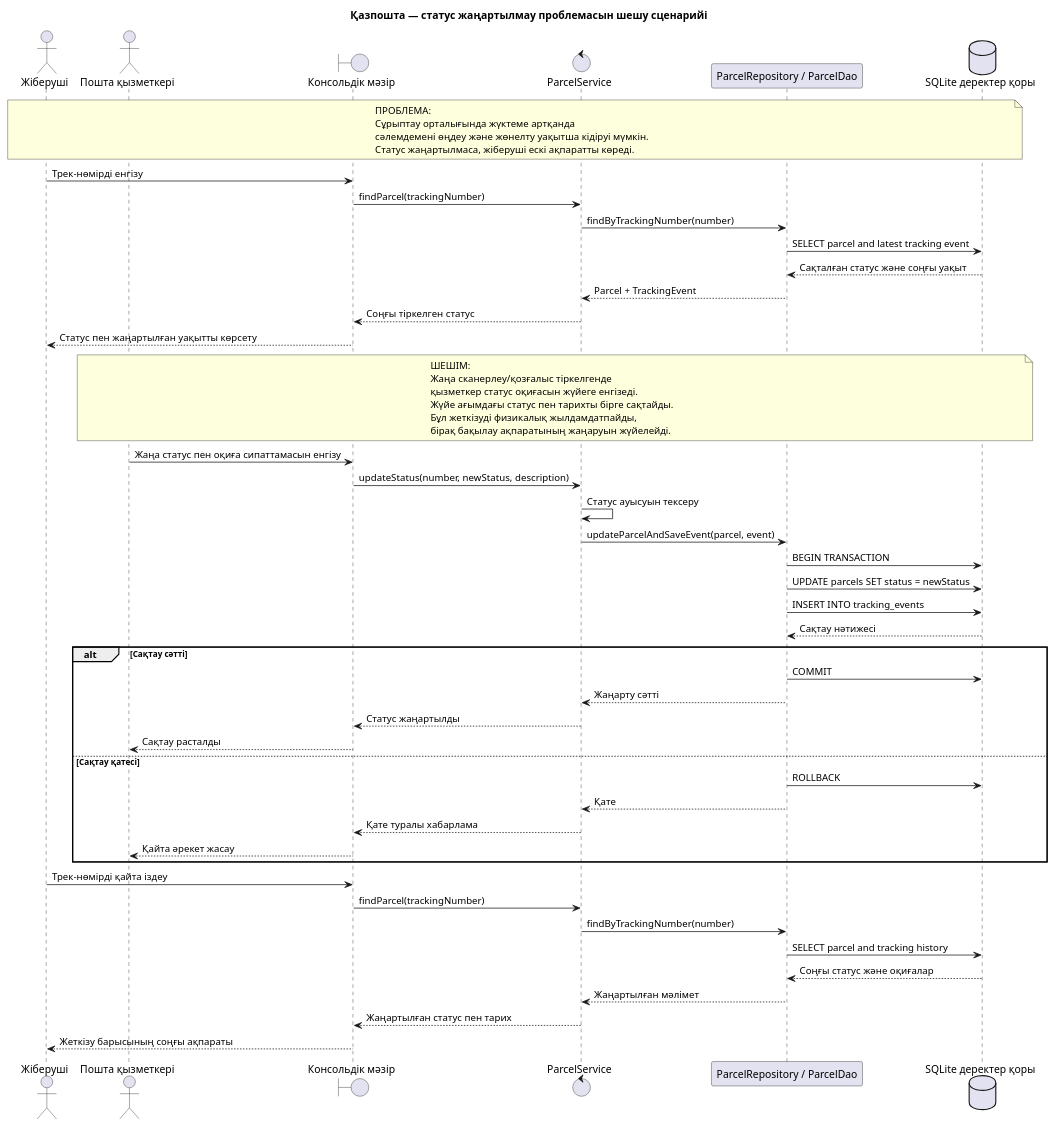
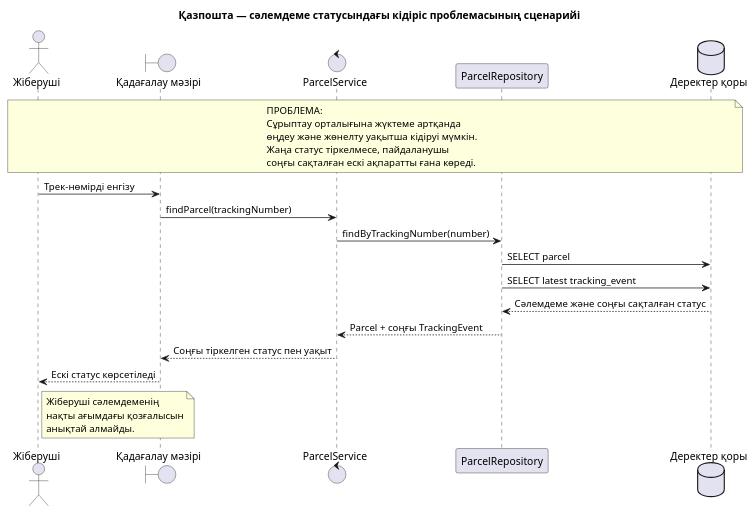
The diagram in docs/uml/sequence-diagram.puml (ajymaskar082/Kazpost-Parcel-Tracking), drawn with PlantUML before and after one commit.

Commit message:
Keep Sequence diagram focused on the current tracking delay problem

```diff
--- a/docs/uml/sequence-diagram.puml
+++ b/docs/uml/sequence-diagram.puml
@@ -1,65 +1,35 @@
 @startuml
-title Қазпошта — статус жаңартылмау проблемасын шешу сценарийі
+title Қазпошта — сәлемдеме статусындағы кідіріс проблемасының сценарийі
 skinparam shadowing false
 
 actor "Жіберуші" as Sender
-actor "Пошта қызметкері" as Operator
-boundary "Консольдік мәзір" as Menu
+boundary "Қадағалау мәзірі" as Menu
 control "ParcelService" as Service
-participant "ParcelRepository / ParcelDao" as Repository
-database "SQLite деректер қоры" as DB
+participant "ParcelRepository" as Repository
+database "Деректер қоры" as DB
 
 note over Sender,DB
 ПРОБЛЕМА:
-Сұрыптау орталығында жүктеме артқанда
-сәлемдемені өңдеу және жөнелту уақытша кідіруі мүмкін.
-Статус жаңартылмаса, жіберуші ескі ақпаратты көреді.
+Сұрыптау орталығына жүктеме артқанда
+өңдеу және жөнелту уақытша кідіруі мүмкін.
+Жаңа статус тіркелмесе, пайдаланушы
+соңғы сақталған ескі ақпаратты ғана көреді.
 end note
 
 Sender -> Menu : Трек-нөмірді енгізу
 Menu -> Service : findParcel(trackingNumber)
 Service -> Repository : findByTrackingNumber(number)
-Repository -> DB : SELECT parcel and latest tracking event
-DB --> Repository : Сақталған статус және соңғы уақыт
-Repository --> Service : Parcel + TrackingEvent
-Service --> Menu : Соңғы тіркелген статус
-Menu --> Sender : Статус пен жаңартылған уақытты көрсету
+Repository -> DB : SELECT parcel
+Repository -> DB : SELECT latest tracking_event
+DB --> Repository : Сәлемдеме және соңғы сақталған статус
+Repository --> Service : Parcel + соңғы TrackingEvent
+Service --> Menu : Соңғы тіркелген статус пен уақыт
+Menu --> Sender : Ескі статус көрсетіледі
 
-note over Operator,DB
-ШЕШІМ:
-Жаңа сканерлеу/қозғалыс тіркелгенде
-қызметкер статус оқиғасын жүйеге енгізеді.
-Жүйе ағымдағы статус пен тарихты бірге сақтайды.
-Бұл жеткізуді физикалық жылдамдатпайды,
-бірақ бақылау ақпаратының жаңаруын жүйелейді.
+note right of Sender
+Жіберуші сәлемдеменің
+нақты ағымдағы қозғалысын
+анықтай алмайды.
 end note
 
-Operator -> Menu : Жаңа статус пен оқиға сипаттамасын енгізу
-Menu -> Service : updateStatus(number, newStatus, description)
-Service -> Service : Статус ауысуын тексеру
-Service -> Repository : updateParcelAndSaveEvent(parcel, event)
-Repository -> DB : BEGIN TRANSACTION
-Repository -> DB : UPDATE parcels SET status = newStatus
-Repository -> DB : INSERT INTO tracking_events
-DB --> Repository : Сақтау нәтижесі
-alt Сақтау сәтті
-  Repository -> DB : COMMIT
-  Repository --> Service : Жаңарту сәтті
-  Service --> Menu : Статус жаңартылды
-  Menu --> Operator : Сақтау расталды
-else Сақтау қатесі
-  Repository -> DB : ROLLBACK
-  Repository --> Service : Қате
-  Service --> Menu : Қате туралы хабарлама
-  Menu --> Operator : Қайта әрекет жасау
-end
-
-Sender -> Menu : Трек-нөмірді қайта іздеу
-Menu -> Service : findParcel(trackingNumber)
-Service -> Repository : findByTrackingNumber(number)
-Repository -> DB : SELECT parcel and tracking history
-DB --> Repository : Соңғы статус және оқиғалар
-Repository --> Service : Жаңартылған мәлімет
-Service --> Menu : Жаңартылған статус пен тарих
-Menu --> Sender : Жеткізу барысының соңғы ақпараты
 @enduml
```
